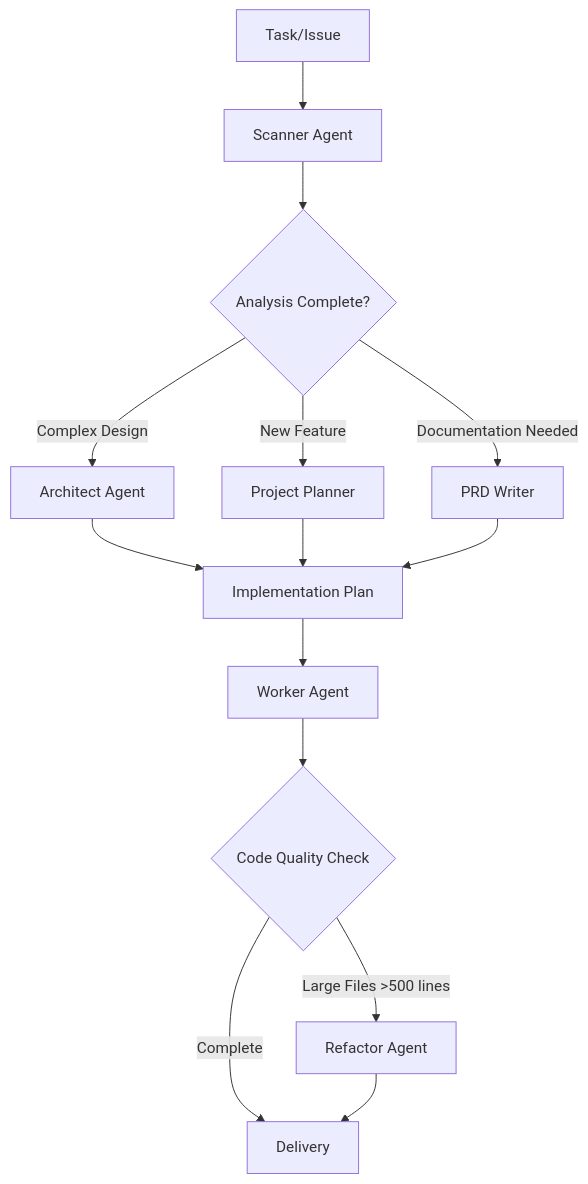
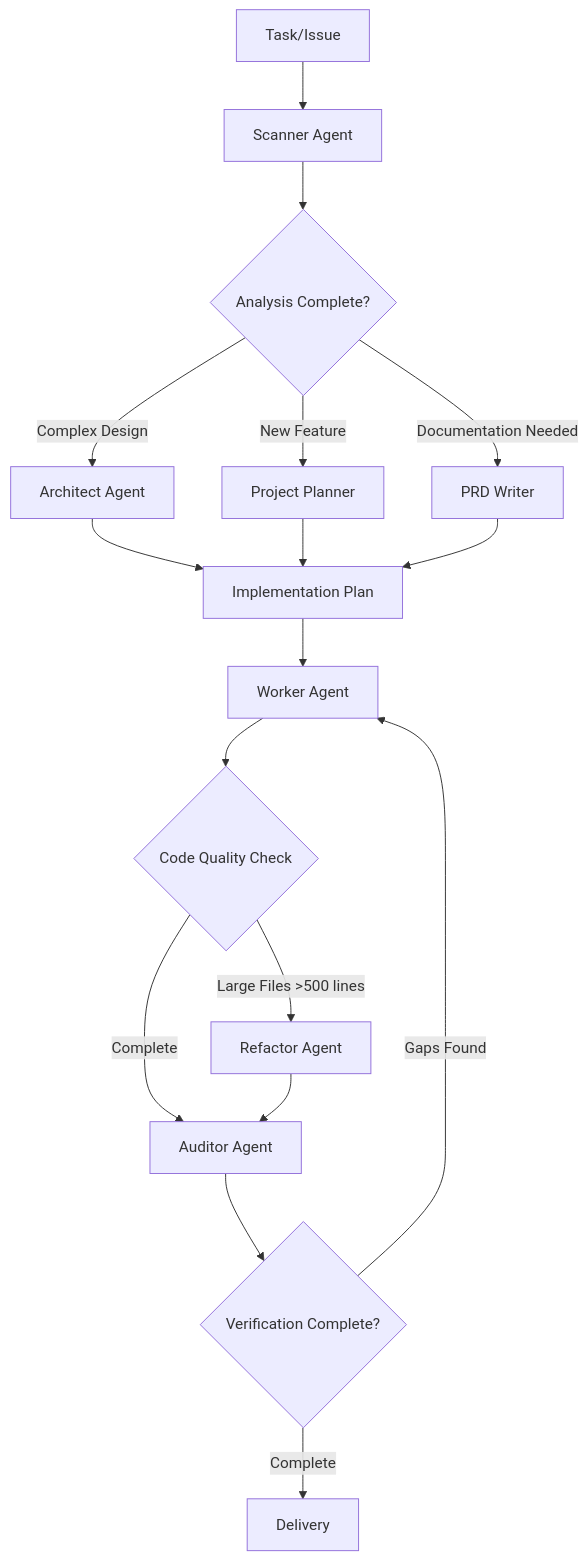
One commit to Kacep91/claude-agents changed the first of 2 diagrams in README.md. Above: the diagram before and after it, drawn with Mermaid. The commit also changed other lines of this file and 1 other file, not shown here.

````diff
--- a/README.md
+++ b/README.md
@@ -102,16 +125,19 @@
 ```mermaid
 graph TD
     A[Task/Issue] --> B[Scanner Agent]
     B --> C{Analysis Complete?}
     C -->|Complex Design| D[Architect Agent]
     C -->|New Feature| E[Project Planner]
     C -->|Documentation Needed| F[PRD Writer]
     D --> G[Implementation Plan]
     E --> G
     F --> G
     G --> H[Worker Agent]
     H --> I{Code Quality Check}
     I -->|Large Files >500 lines| J[Refactor Agent]
-    I -->|Complete| K[Delivery]
+    I -->|Complete| K[Auditor Agent]
     J --> K
+    K --> L{Verification Complete?}
+    L -->|Gaps Found| H
+    L -->|Complete| M[Delivery]
 ```
````
